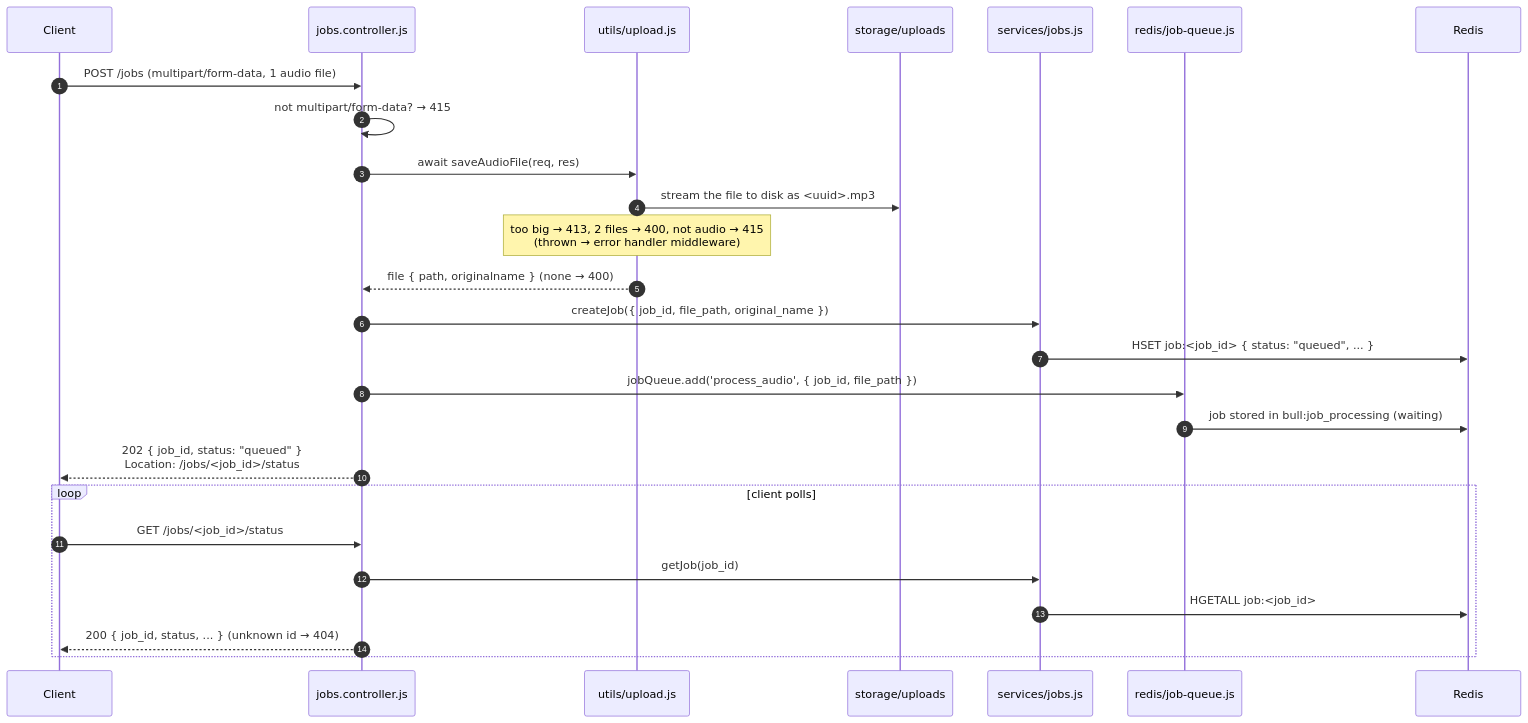
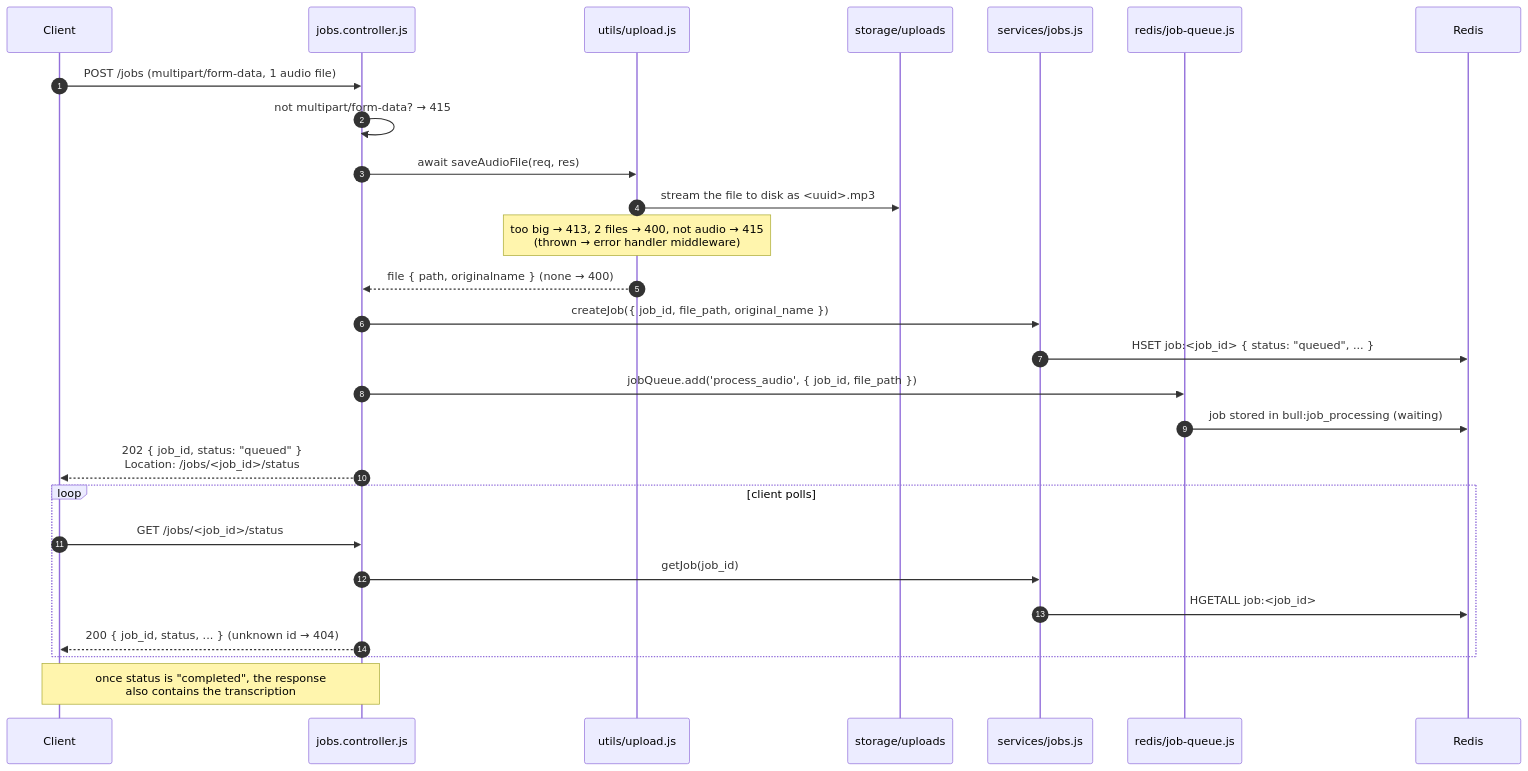
One commit to yahyalfc/audio-transcriptor changed the second of 9 diagrams in README.md. Above: the diagram before and after it, drawn with Mermaid. The commit also changed other lines of this file and 1 other file, not shown here.

````diff
--- a/README.md
+++ b/README.md
@@ -64,30 +80,31 @@
 ```mermaid
 sequenceDiagram
     autonumber
     participant C as Client
     participant CT as jobs.controller.js
     participant U as utils/upload.js
     participant D as storage/uploads
     participant S as services/jobs.js
     participant Q as redis/job-queue.js
     participant R as Redis
 
     C->>CT: POST /jobs (multipart/form-data, 1 audio file)
     CT->>CT: not multipart/form-data? → 415
     CT->>U: await saveAudioFile(req, res)
     U->>D: stream the file to disk as <uuid>.mp3
     Note over U: too big → 413, 2 files → 400, not audio → 415<br/>(thrown → error handler middleware)
     U-->>CT: file { path, originalname }  (none → 400)
     CT->>S: createJob({ job_id, file_path, original_name })
     S->>R: HSET job:<job_id>  { status: "queued", ... }
     CT->>Q: jobQueue.add('process_audio', { job_id, file_path })
     Q->>R: job stored in bull:job_processing (waiting)
     CT-->>C: 202 { job_id, status: "queued" }<br/>Location: /jobs/<job_id>/status
 
     loop client polls
         C->>CT: GET /jobs/<job_id>/status
         CT->>S: getJob(job_id)
         S->>R: HGETALL job:<job_id>
         CT-->>C: 200 { job_id, status, ... }  (unknown id → 404)
     end
+    Note over C,CT: once status is "completed", the response<br/>also contains the transcription
 ```
````
